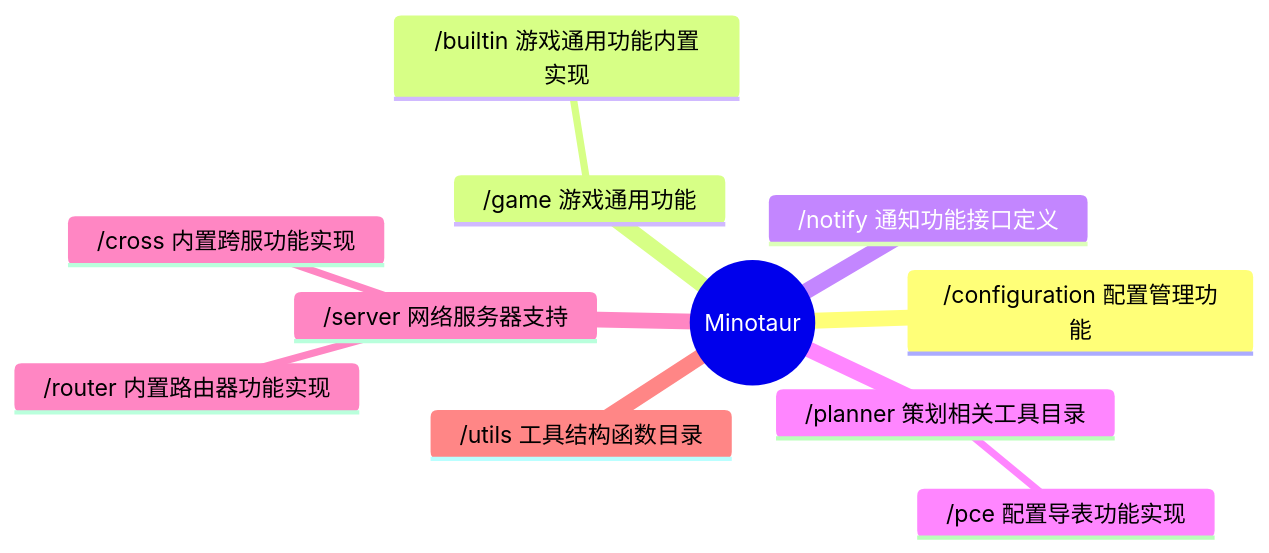
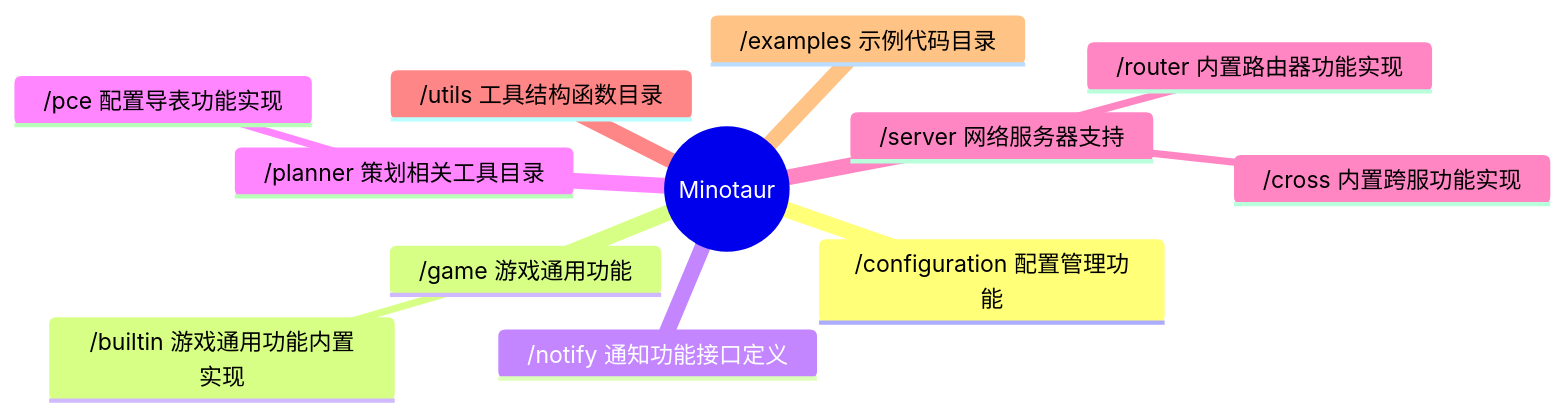
Before and after one commit to kercylan98/minotaur: the diagram in README.md, drawn with Mermaid. The commit also changed other lines of this file and 5 other files, not shown here.

````diff
--- a/README.md
+++ b/README.md
@@ -11,14 +11,15 @@
 ```mermaid
 mindmap
   root((Minotaur))
     /configuration 配置管理功能
     /game 游戏通用功能
       /builtin 游戏通用功能内置实现
     /notify 通知功能接口定义
     /planner 策划相关工具目录
       /pce 配置导表功能实现
     /server 网络服务器支持
       /cross 内置跨服功能实现
       /router 内置路由器功能实现
     /utils 工具结构函数目录
+    /examples 示例代码目录
 ```
````
